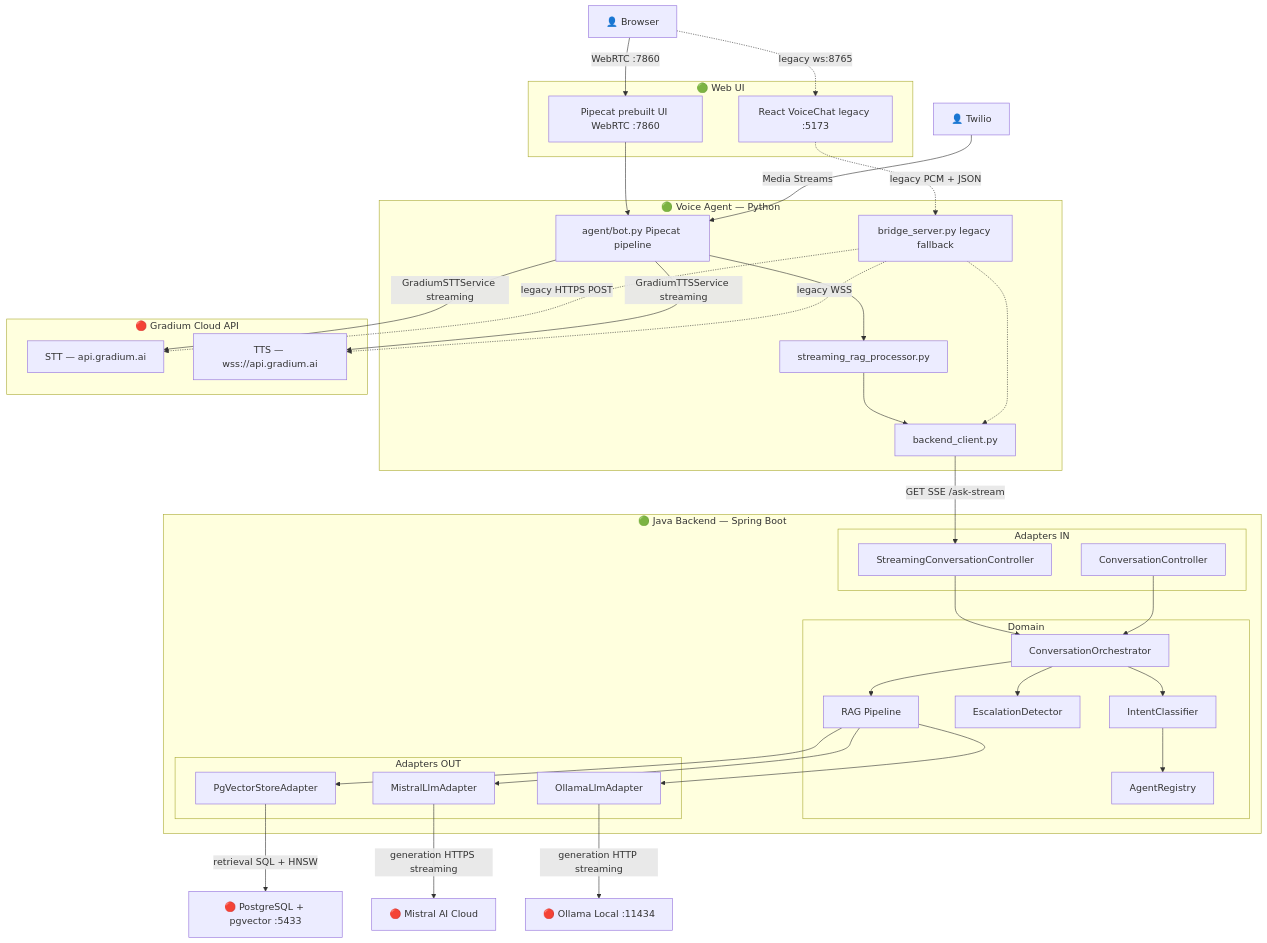
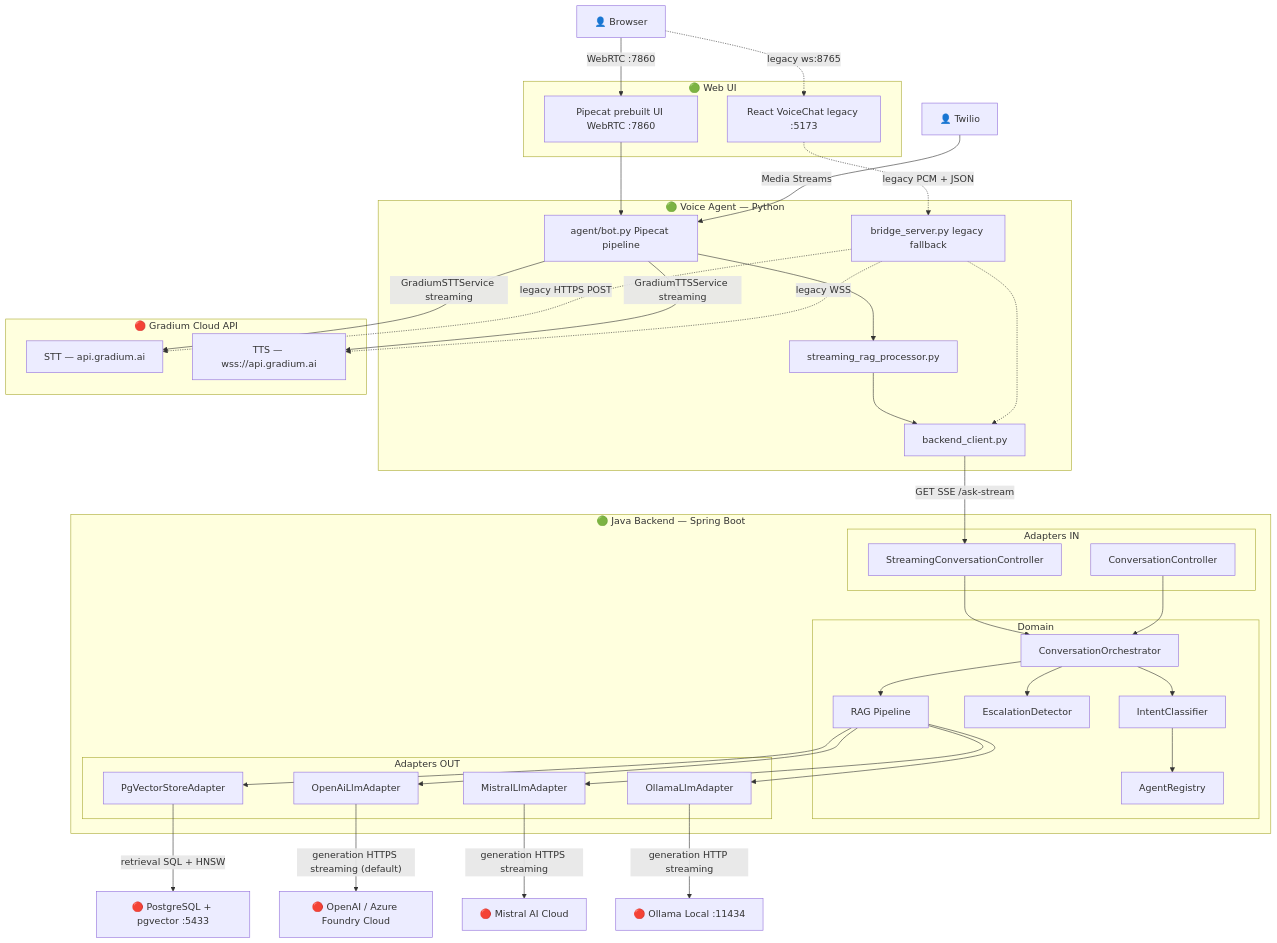
One commit to tgrimaud/V2V changed the first of 3 diagrams in docs/architecture/architecture.md. Above: the diagram before and after it, drawn with Mermaid. The commit also changed other lines of this file and 4 other files, not shown here.

First line of the commit message:
refactor+docs: P3 §3.11 hygiene + Mermaid 3 adapters + BE-055 ticket

```diff
--- a/docs/architecture/architecture.md
+++ b/docs/architecture/architecture.md
@@ -129,6 +129,7 @@
             RAGPipeline["RAG Pipeline"]
         end
         subgraph adaptersOut [Adapters OUT]
+            OpenAiAdapter[OpenAiLlmAdapter]
             MistralAdapter[MistralLlmAdapter]
             OllamaAdapter[OllamaLlmAdapter]
             PgVecAdapter[PgVectorStoreAdapter]
@@ -136,6 +137,7 @@
     end
 
     %% ─── External: LLM + DB (near the backend that calls them) ───
+    OpenAiAPI["🔴 OpenAI / Azure Foundry Cloud"]
     MistralAPI["🔴 Mistral AI Cloud"]
     Ollama["🔴 Ollama Local :11434"]
     PgVector["🔴 PostgreSQL + pgvector :5433"]
@@ -167,6 +169,7 @@
 
     %% ─── RAG pipeline → Adapters ───
     RAGPipeline --> PgVecAdapter
+    RAGPipeline --> OpenAiAdapter
     RAGPipeline --> MistralAdapter
     RAGPipeline --> OllamaAdapter
 
@@ -175,6 +178,7 @@
     BridgeServer -.->|"legacy WSS"| GradiumTTS
 
     %% ─── Backend → External services ───
+    OpenAiAdapter -->|"generation HTTPS streaming (default)"| OpenAiAPI
     MistralAdapter -->|"generation HTTPS streaming"| MistralAPI
     OllamaAdapter -->|"generation HTTP streaming"| Ollama
     PgVecAdapter -->|"retrieval SQL + HNSW"| PgVector
```
